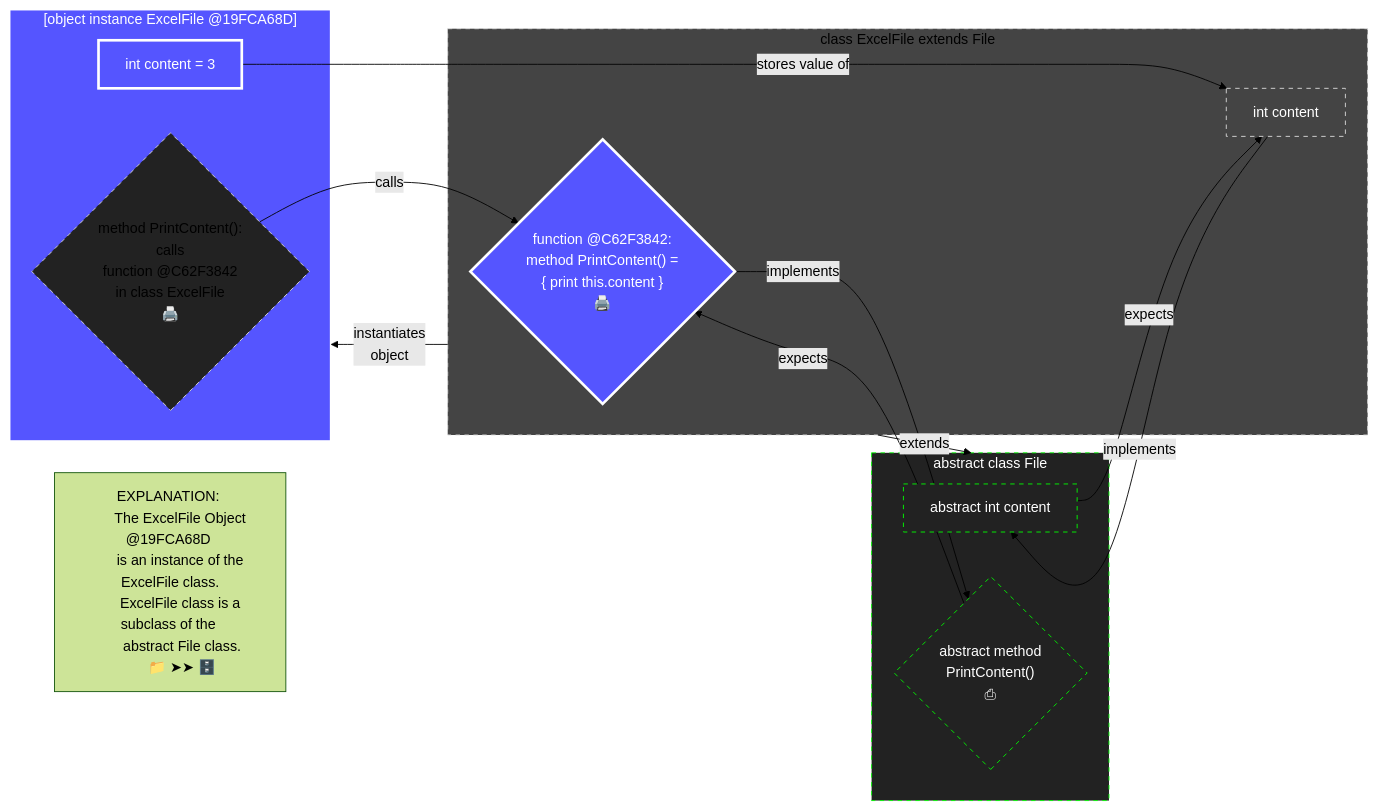
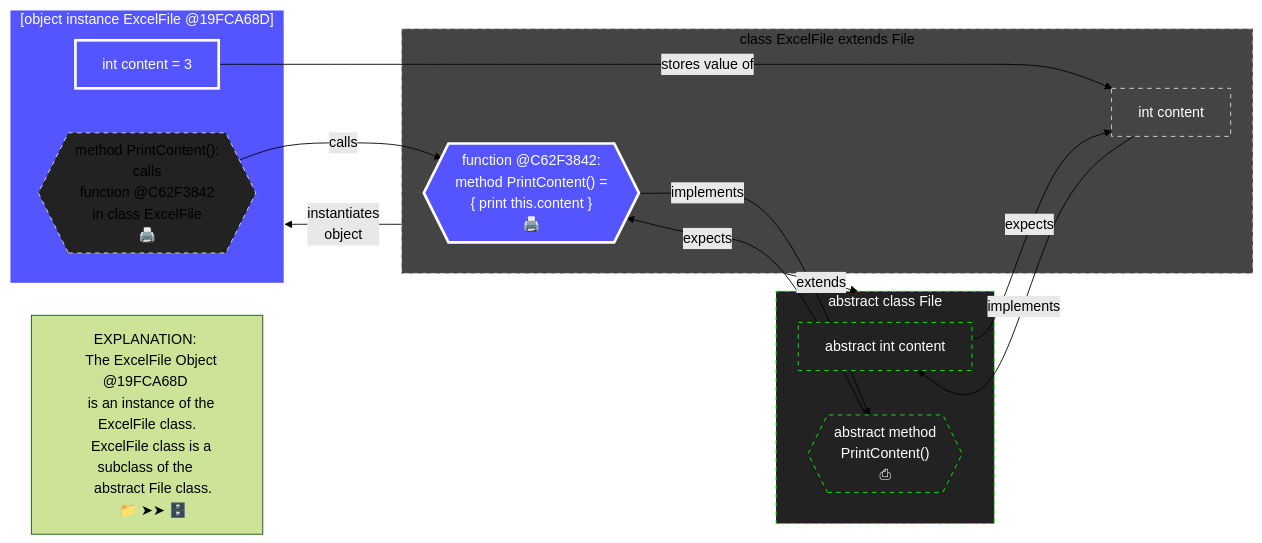
Before and after one commit to realityexpander/How_to_program_from_ground_up: the fifth of 6 diagrams in 09-ClassOrientedProgramming.md, drawn with Mermaid (forest theme). The commit also changed other lines of this file, not shown here.

Commit message:
improve COP

````diff
--- a/09-ClassOrientedProgramming.md
+++ b/09-ClassOrientedProgramming.md
@@ -621,56 +617,58 @@
   ```mermaid
     flowchart LR
   
     ExcelFileObjectPrintContentMethodFunctionPointer -- calls --> ExcelFileClassPrintContentMethod:::Object
     ExcelFileObjectAgeInt -- stores value of --> ExcelFileClassAgeInt
     subgraph ExcelFileObject["[object instance ExcelFile @19FCA68D]"]
         ExcelFileObjectAgeInt["int content = 3"]
-        ExcelFileObjectPrintContentMethodFunctionPointer{"method PrintContent(): 
-                                           calls 
-                                     function @C62F3842
-                                     in class ExcelFile
-                                     🖨️
-                                     "}
+        ExcelFileObjectPrintContentMethodFunctionPointer{{"method PrintContent(): 
+           calls 
+           function @C62F3842
+           in class ExcelFile
+           🖨️
+           "}}
     end
     subgraph classExcelFile["class ExcelFile extends File"]
         ExcelFileClassAgeInt["int content"]
-        ExcelFileClassPrintContentMethod{"function @C62F3842:  
-                    method PrintContent() =
-                    { print this.content }
-                    🖨️
-                    "}
+        ExcelFileClassPrintContentMethod{{"function @C62F3842:  
+           method PrintContent() =
+           { print this.content }
+           🖨️
+           "}}
     end
     abstractAgeInt -- expects --> ExcelFileClassAgeInt
     abstractPrintContentMethod -- expects --> ExcelFileClassPrintContentMethod:::Object
     ExcelFileClassAgeInt -- implements --> abstractAgeInt:::Abstract
   
-    note["EXPLANATION: 
-          The ExcelFile Object @19FCA68D 
-          is an instance of the ExcelFile class.
-          ExcelFile class is a subclass of the 
-          abstract File class.
-          📁 ➤➤ 🗄️"]
+    note["
+       EXPLANATION: 
+       The ExcelFile Object @19FCA68D 
+       is an instance of the ExcelFile class.
+       ExcelFile class is a subclass of the 
+       abstract File class.
+       📁 ➤➤ 🗄️"]
     
     classExcelFile -- "instantiates 
                        object" --> ExcelFileObject:::Object
     classExcelFile -- extends --> abstractFile:::Abstract
     ExcelFileClassPrintContentMethod -- implements --> abstractPrintContentMethod:::Abstract
     subgraph abstractFile["abstract class File"]
       abstractAgeInt["abstract int content"]
-      abstractPrintContentMethod{"abstract method 
-                               PrintContent()
-                               ⎙
-                               "}
+      abstractPrintContentMethod{{"
+         abstract method 
+         PrintContent()
+         ⎙
+         "}}
     end
   
     classDef Abstract fill:#222, stroke:#0F0, stroke-width:1px, color:#fff, stroke-dasharray: 5 5
     
     classDef Class fill:#444, stroke:#00F, stroke-width:1px, color:#000, stroke-dasharray: 5 5
     %% For nodes that are the source of a link, the style must be defined in the link, not the classDef. 
     style classExcelFile fill:#444, stroke:#DDD, stroke-width:1px, color:#000, stroke-dasharray: 5 5
     style ExcelFileClassAgeInt fill:#444, stroke:#DDD, stroke-width:1px, color:#FFF, stroke-dasharray: 5 5
     
     classDef Object fill:#55F, stroke:#FFF, stroke-width:3px, color:#fff
     style ExcelFileObjectAgeInt fill:#55F, stroke:#FFF, stroke-width:3px, color:#fff
     style ExcelFileObjectPrintContentMethodFunctionPointer fill:#222, stroke:#DDD, stroke-width:1px, color:#000, stroke-dasharray: 5 5
   ```
````
